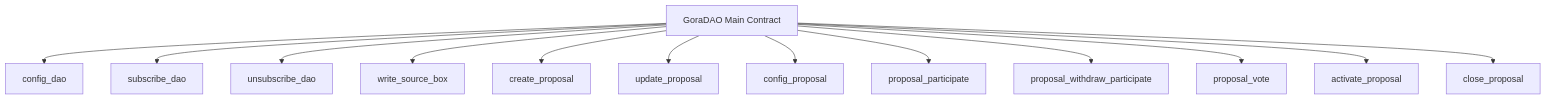
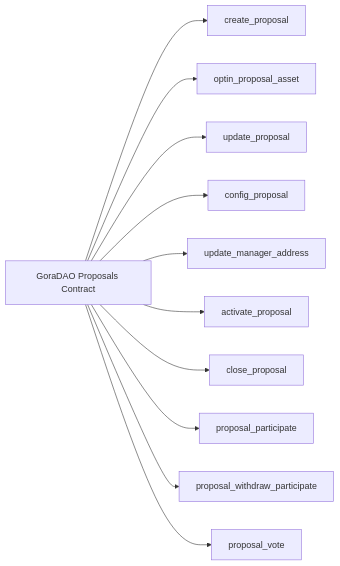
Before and after one commit to GoraNetwork/gora-dao-smartcontracts: the fifth of 7 diagrams in README.md, drawn with Mermaid. The commit also changed other lines of this file and 1 other file, not shown here.

Commit message:
Update Gora DAO operations CLI & README

````diff
--- a/README.md
+++ b/README.md
@@ -246,16 +343,16 @@
 ```mermaid
-graph TD
-    GoraDAO_Main[GoraDAO Main Contract]
-    GoraDAO_Main --> config_dao[config_dao]
-    GoraDAO_Main --> subscribe_dao[subscribe_dao]
-    GoraDAO_Main --> unsubscribe_dao[unsubscribe_dao]
-    GoraDAO_Main --> write_source_box[write_source_box]
-    GoraDAO_Main --> create_proposal[create_proposal]
-    GoraDAO_Main --> update_proposal[update_proposal]
-    GoraDAO_Main --> config_proposal[config_proposal]
-    GoraDAO_Main --> proposal_participate[proposal_participate]
-    GoraDAO_Main --> proposal_withdraw_participate[proposal_withdraw_participate]
-    GoraDAO_Main --> proposal_vote[proposal_vote]
-    GoraDAO_Main --> activate_proposal[activate_proposal]
-    GoraDAO_Main --> close_proposal[close_proposal]
+
+graph LR
+    GoraDAO_Proposals[GoraDAO Proposals Contract]
+    GoraDAO_Proposals --> create_proposal_P[create_proposal]
+    GoraDAO_Proposals --> optin_proposal_asset[optin_proposal_asset]
+    GoraDAO_Proposals --> update_proposal_P[update_proposal]
+    GoraDAO_Proposals --> config_proposal_P[config_proposal]
+    GoraDAO_Proposals --> update_manager_address[update_manager_address]
+    GoraDAO_Proposals --> activate_proposal_P[activate_proposal]
+    GoraDAO_Proposals --> close_proposal_P[close_proposal]
+    GoraDAO_Proposals --> proposal_participate_P[proposal_participate]
+    GoraDAO_Proposals --> proposal_withdraw_participate_P[proposal_withdraw_participate]
+    GoraDAO_Proposals --> proposal_vote_P[proposal_vote]
+
 ```
````
